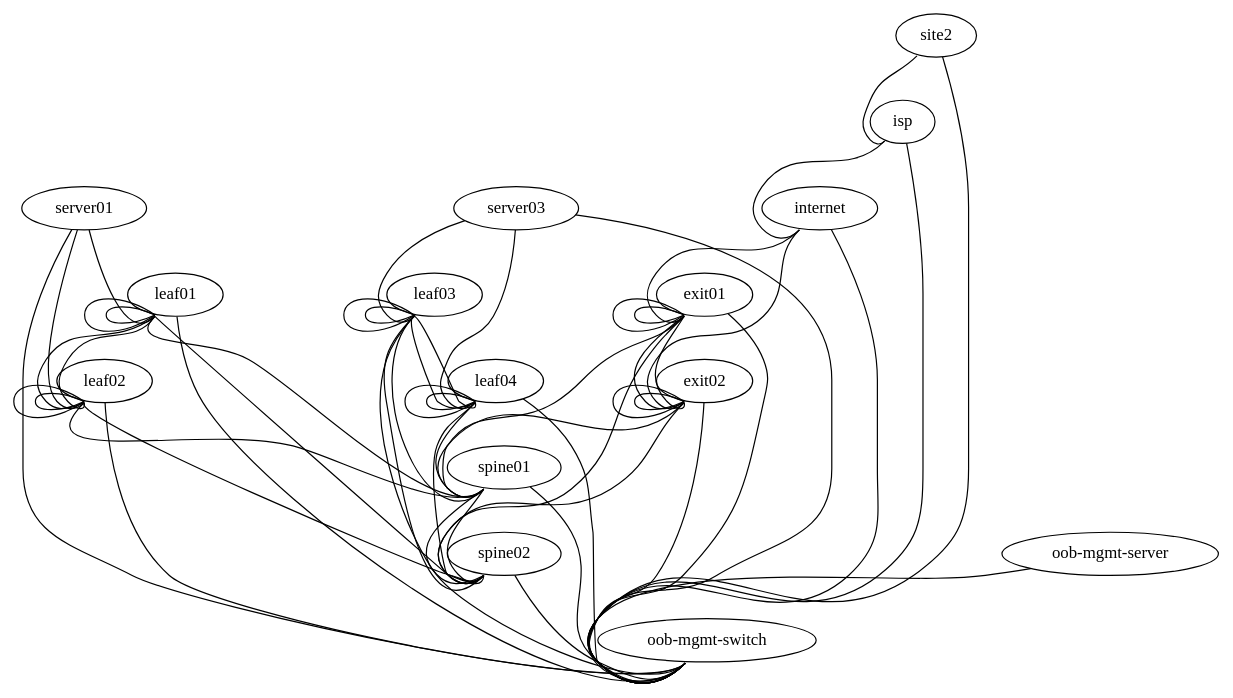
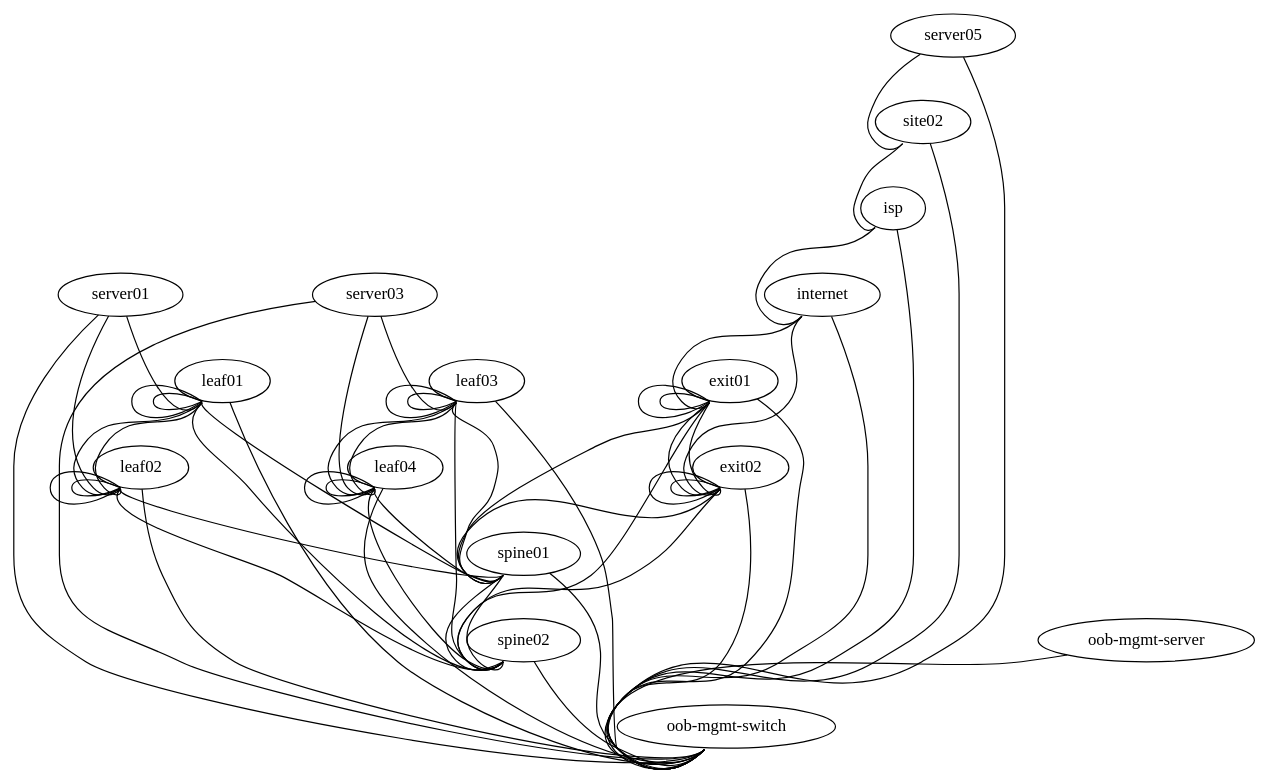
Before and after one commit to CumulusNetworks/cldemo-evpn: the diagram in topology_kvm.dot, drawn with Graphviz. The commit also changed 8 other files, not shown here.

```diff
--- a/topology_kvm.dot
+++ b/topology_kvm.dot
@@ -1,80 +1,84 @@
 graph vx {
  "leaf01" [function="leaf" os="CumulusCommunity/cumulus-vx" version="3.2.1" memory="512" config="./helper_scripts/config_switch.sh" mgmt_ip="192.168.0.11"]
  "leaf02" [function="leaf" os="CumulusCommunity/cumulus-vx" version="3.2.1" memory="512" config="./helper_scripts/config_switch.sh" mgmt_ip="192.168.0.12"]
  "leaf03" [function="leaf" os="CumulusCommunity/cumulus-vx" version="3.2.1" memory="512" config="./helper_scripts/config_switch.sh" mgmt_ip="192.168.0.13"]
  "leaf04" [function="leaf" os="CumulusCommunity/cumulus-vx" version="3.2.1" memory="512" config="./helper_scripts/config_switch.sh" mgmt_ip="192.168.0.14"]
- "site2" [function="leaf" os="CumulusCommunity/cumulus-vx" version="3.2.1" memory="512" config="./helper_scripts/config_switch.sh" mgmt_ip="192.168.0.250"]
+ "site02" [function="leaf" os="CumulusCommunity/cumulus-vx" version="3.2.1" memory="512" config="./helper_scripts/config_switch.sh" mgmt_ip="192.168.0.250"]
  "isp" [function="spine" os="CumulusCommunity/cumulus-vx" version="3.2.1" memory="512" config="./helper_scripts/config_switch.sh" mgmt_ip="192.168.0.252"]
  "spine01" [function="spine" os="CumulusCommunity/cumulus-vx" version="3.2.1" memory="512" config="./helper_scripts/config_switch.sh" mgmt_ip="192.168.0.21"]
  "spine02" [function="spine" os="CumulusCommunity/cumulus-vx" version="3.2.1" memory="512" config="./helper_scripts/config_switch.sh" mgmt_ip="192.168.0.22"]
  "exit01" [function="exit" os="CumulusCommunity/cumulus-vx" version="3.2.1" memory="512" config="./helper_scripts/config_switch.sh" mgmt_ip="192.168.0.41"]
  "exit02" [function="exit" os="CumulusCommunity/cumulus-vx" version="3.2.1" memory="512" config="./helper_scripts/config_switch.sh" mgmt_ip="192.168.0.42"]
- "server01" [function="host" os="yk0/ubuntu-xenial" memory="512" ubuntu=True config="./helper_scripts/config_server.sh" mgmt_ip="192.168.0.31"]
- "server03" [function="host" os="yk0/ubuntu-xenial" memory="512" ubuntu=True config="./helper_scripts/config_server.sh" mgmt_ip="192.168.0.33"]
- "internet" [function="internet" vagrant="swp48" os="CumulusCommunity/cumulus-vx" version="3.2.1" memory="256" config="./helper_scripts/config_internet.sh" mgmt_ip="192.168.0.253"]
- "oob-mgmt-switch" [function="oob-switch" vagrant="eth0" os="CumulusCommunity/cumulus-vx" version="3.2.1" memory="256" config="./helper_scripts/config_oob_switch.sh" mgmt_ip="192.168.0.1"]
+ "server01" [function="host" os="CumulusCommunity/cumulus-vx" memory="512" ubuntu=True config="./helper_scripts/config_server.sh" mgmt_ip="192.168.0.31"]
+ "server03" [function="host" os="CumulusCommunity/cumulus-vx" memory="512" ubuntu=True config="./helper_scripts/config_server.sh" mgmt_ip="192.168.0.33"]
+ "server05" [function="host" os="CumulusCommunity/cumulus-vx" memory="512" ubuntu=True config="./helper_scripts/config_server.sh" mgmt_ip="192.168.0.35"]
+ "internet" [function="internet" vagrant="swp48" os="CumulusCommunity/cumulus-vx" version="3.2.1" memory="512" config="./helper_scripts/config_internet.sh" mgmt_ip="192.168.0.253"]
+ "oob-mgmt-switch" [function="oob-switch" vagrant="eth0" os="CumulusCommunity/cumulus-vx" version="3.2.1" memory="512" config="./helper_scripts/config_oob_switch.sh" mgmt_ip="192.168.0.1"]
  "oob-mgmt-server" [function="oob-server" ansible=True vagrant="eth0" os="yk0/ubuntu-xenial" memory="1024" ubuntu=True config="./helper_scripts/config_oob_server.sh" mgmt_ip="192.168.0.254"]
 
  "leaf01":"swp51" -- "spine01":"swp1"
  "leaf02":"swp51" -- "spine01":"swp2"
  "leaf03":"swp51" -- "spine01":"swp3"
  "leaf04":"swp51" -- "spine01":"swp4"
  "leaf01":"swp52" -- "spine02":"swp1"
  "leaf02":"swp52" -- "spine02":"swp2"
  "leaf03":"swp52" -- "spine02":"swp3"
  "leaf04":"swp52" -- "spine02":"swp4"
 
  "leaf01":"swp49" -- "leaf02":"swp49"
  "leaf01":"swp50" -- "leaf02":"swp50"
  "leaf03":"swp49" -- "leaf04":"swp49"
  "leaf03":"swp50" -- "leaf04":"swp50"
 
  "spine01":"swp31" -- "spine02":"swp31"
  "spine01":"swp32" -- "spine02":"swp32"
  "exit01":"swp49" -- "exit02":"swp49"
  "exit01":"swp50" -- "exit02":"swp50"
 
  "server01":"eth1" -- "leaf01":"swp1"
  "server01":"eth2" -- "leaf02":"swp1"
  "server03":"eth1" -- "leaf03":"swp1"
  "server03":"eth2" -- "leaf04":"swp1"
 
  "exit01":"swp51" -- "spine01":"swp30"
  "exit01":"swp52" -- "spine02":"swp30"
  "exit02":"swp51" -- "spine01":"swp29"
  "exit02":"swp52" -- "spine02":"swp29"
  "exit01":"swp45" -- "exit01":"swp46"
  "exit01":"swp47" -- "exit01":"swp48"
  "exit02":"swp45" -- "exit02":"swp46"
  "exit02":"swp47" -- "exit02":"swp48"
 
  "leaf01":"swp45" -- "leaf01":"swp46"
  "leaf01":"swp47" -- "leaf01":"swp48"
  "leaf02":"swp45" -- "leaf02":"swp46"
  "leaf02":"swp47" -- "leaf02":"swp48"
  "leaf03":"swp45" -- "leaf03":"swp46"
  "leaf03":"swp47" -- "leaf03":"swp48"
  "leaf04":"swp45" -- "leaf04":"swp46"
  "leaf04":"swp47" -- "leaf04":"swp48"
 
  "internet":"swp1" -- "exit01":"swp44"
  "internet":"swp2" -- "exit02":"swp44"
- "site2":"swp51" -- "isp":"swp1"
+ "site02":"swp51" -- "isp":"swp1"
  "isp":"swp47" -- "internet":"swp47"
+ "server05":"eth1" -- "site02":"swp1"
 
 
  "oob-mgmt-server":"eth1" -- "oob-mgmt-switch":"swp1"
  "server01":"eth0" -- "oob-mgmt-switch":"swp2" [left_mac="A0:00:00:00:00:31"]
  "server03":"eth0" -- "oob-mgmt-switch":"swp4" [left_mac="A0:00:00:00:00:33"]
  "leaf01":"eth0" -- "oob-mgmt-switch":"swp6" [left_mac="A0:00:00:00:00:11"]
  "leaf02":"eth0" -- "oob-mgmt-switch":"swp7" [left_mac="A0:00:00:00:00:12"]
  "leaf03":"eth0" -- "oob-mgmt-switch":"swp8" [left_mac="A0:00:00:00:00:13"]
  "leaf04":"eth0" -- "oob-mgmt-switch":"swp9" [left_mac="A0:00:00:00:00:14"]
  "spine01":"eth0" -- "oob-mgmt-switch":"swp10" [left_mac="A0:00:00:00:00:21"]
  "spine02":"eth0" -- "oob-mgmt-switch":"swp11" [left_mac="A0:00:00:00:00:22"]
  "exit01":"eth0" -- "oob-mgmt-switch":"swp12" [left_mac="A0:00:00:00:00:41"]
  "exit02":"eth0" -- "oob-mgmt-switch":"swp13" [left_mac="A0:00:00:00:00:42"]
- "site2":"eth0" -- "oob-mgmt-switch":"swp14" [left_mac="A0:00:00:00:00:51"]
+ "site02":"eth0" -- "oob-mgmt-switch":"swp14" [left_mac="A0:00:00:00:00:51"]
  "isp":"eth0" -- "oob-mgmt-switch":"swp16" [left_mac="A0:00:00:00:00:52"]
  "internet":"eth0" -- "oob-mgmt-switch":"swp15" [left_mac="A0:00:00:00:00:53"]
+ "server05":"eth0" -- "oob-mgmt-switch":"swp17" [left_mac="A0:00:00:00:00:54"]
+
 }
```
